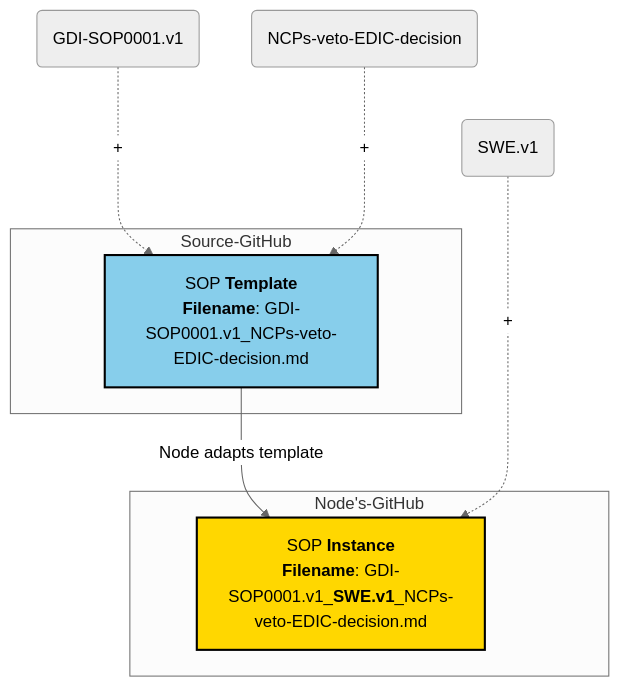
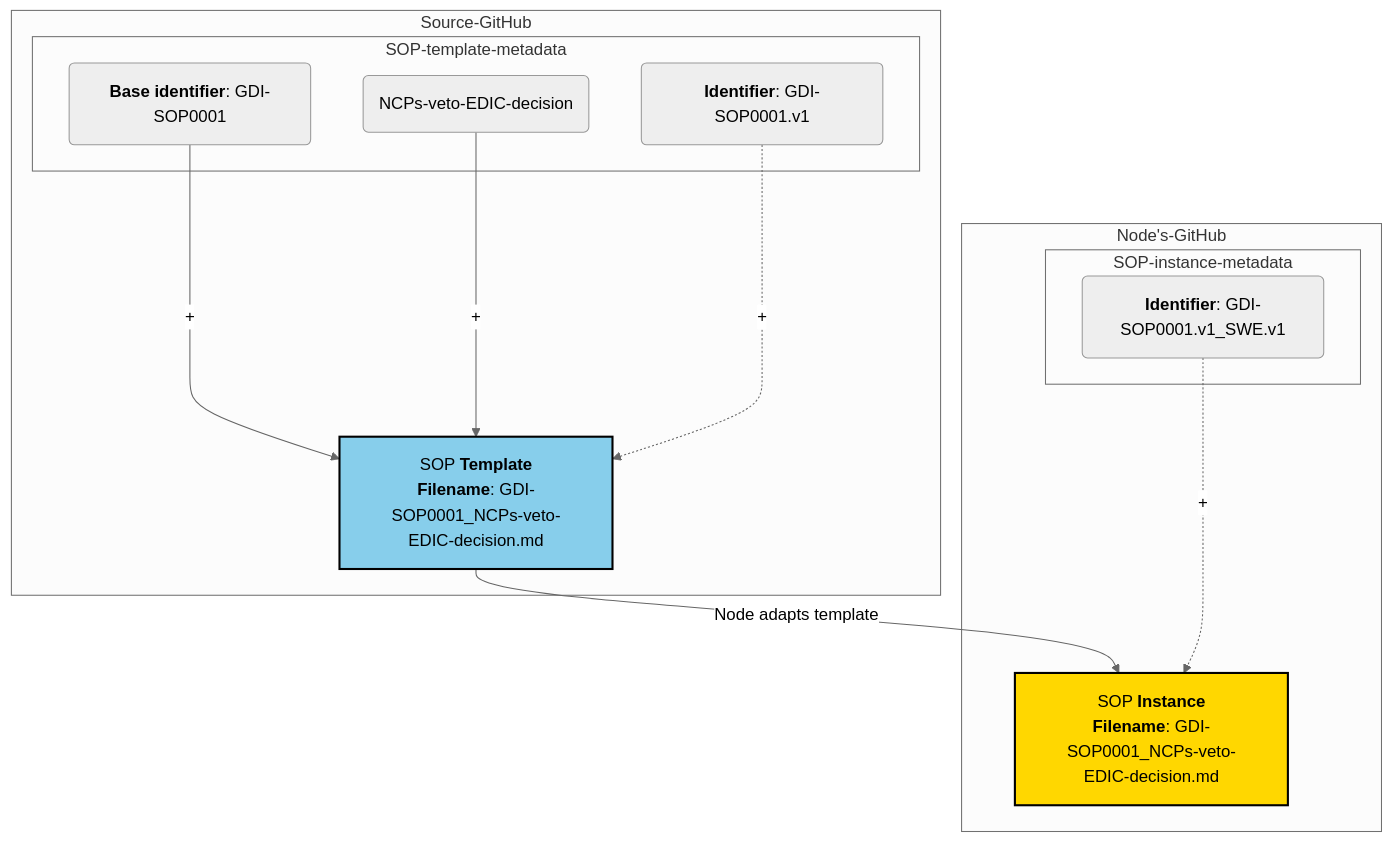
The first of 2 diagrams in docs/sop-accessioning.md (GenomicDataInfrastructure/standard-operating-procedures), drawn with Mermaid (neutral theme) before and after one commit. The commit also changed other lines of this file, not shown here.

Commit message:
mcb-sop-accessioning - Add sop-accessioning

`````diff
--- a/docs/sop-accessioning.md
+++ b/docs/sop-accessioning.md
@@ -47,26 +53,34 @@
 ````mermaid
-flowchart TD
+flowchart TB
     %% Colors
     classDef SOP fill:#FFD700,stroke:#000000,stroke-width:2px;
     classDef Template fill:#87CEEB,stroke:#000000,stroke-width:2px;
 
-    id1("GDI-SOP0001.v1")
-    title1("NCPs-veto-EDIC-decision")
     subgraph Source-GitHub
         sopt["`SOP **Template**
-    **Filename**: GDI-SOP0001.v1_NCPs-veto-EDIC-decision.md`"]
+        **Filename**: GDI-SOP0001_NCPs-veto-EDIC-decision.md`"]
+        subgraph SOP-template-metadata
+            sopt_m1("`**Base identifier**: GDI-SOP0001`")
+            title1("NCPs-veto-EDIC-decision")
+            sopt_m2("`**Identifier**: GDI-SOP0001.v1`")
+        end
     end
-    id2("SWE.v1")
+    sopt_m1 -->|+| sopt
+    title1 -->|+| sopt
+    sopt_m2 -..->|+| sopt
+    sopt -->|Node adapts template| sopi
+
     subgraph Node's-GitHub
         sopi["`SOP **Instance**
-    **Filename**: GDI-SOP0001.v1_**SWE.v1**_NCPs-veto-EDIC-decision.md`"]
+    **Filename**: GDI-SOP0001_NCPs-veto-EDIC-decision.md`"]
+        subgraph SOP-instance-metadata
+            sopi_m2("`**Identifier**: GDI-SOP0001.v1_SWE.v1`")
+        end
     end
-    id1 -..->|+| sopt
-    title1 -..->|+| sopt
-    sopt -->|Node adapts template| sopi
-    id2 -..->|+| sopi
+    sopi_m2 -..->|+|sopi
 
     %% Styles
     class sopt Template
     class sopi SOP
+
 ````
`````
